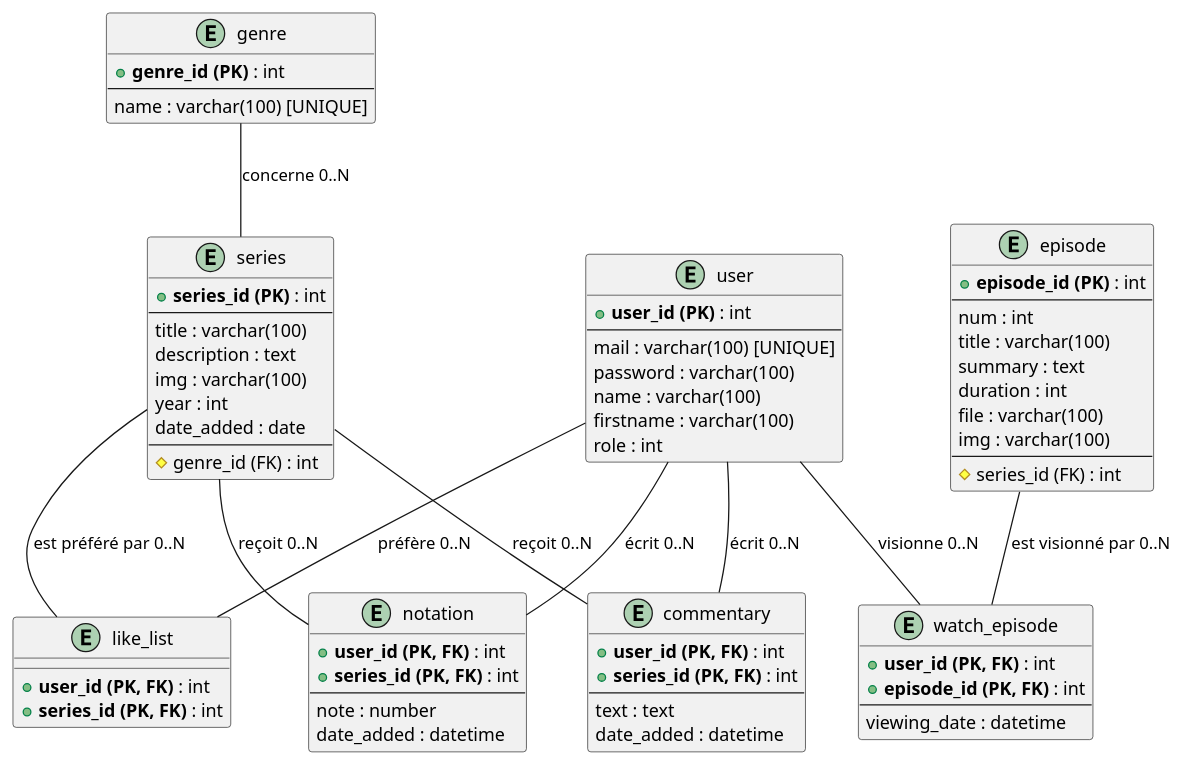
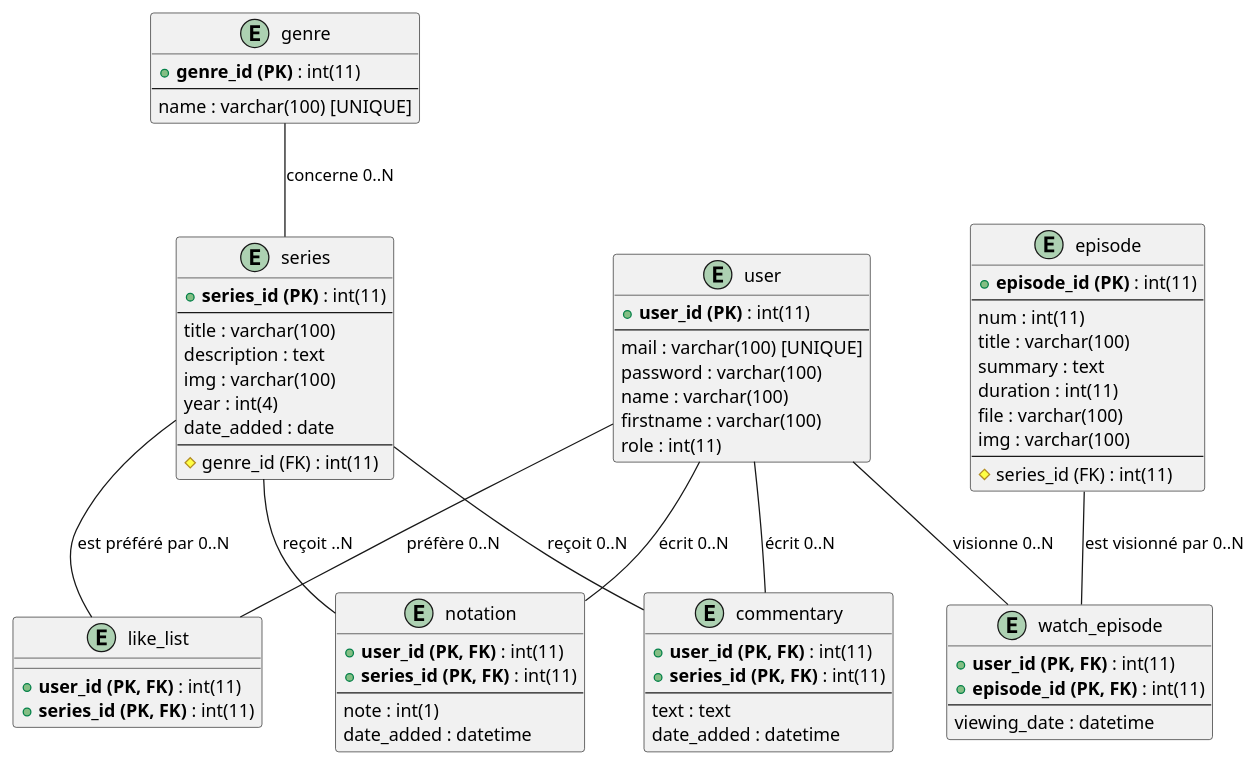
One commit to Adri1-13/OnlyFilms changed the diagram in sql/UMLbd.puml. Above: the diagram before and after it, drawn with PlantUML. The commit also changed 1 other file, not shown here.

```diff
--- a/sql/UMLbd.puml
+++ b/sql/UMLbd.puml
@@ -1,95 +1,95 @@
 @startuml
 
 ' Définition des tables
 
 entity "user" as User {
-  + **user_id (PK)** : int
+  + **user_id (PK)** : int(11)
   --
   mail : varchar(100) [UNIQUE]
   password : varchar(100)
   name : varchar(100)
   firstname : varchar(100)
-  role : int
+  role : int(11)
 }
 
 entity "series" as Series {
-  + **series_id (PK)** : int
+  + **series_id (PK)** : int(11)
   --
   title : varchar(100)
   description : text
   img : varchar(100)
-  year : int
+  year : int(4)
   date_added : date
   --
-  # genre_id (FK) : int
+  # genre_id (FK) : int(11)
 }
 
 entity "episode" as Episode {
-  + **episode_id (PK)** : int
+  + **episode_id (PK)** : int(11)
   --
-  num : int
+  num : int(11)
   title : varchar(100)
   summary : text
-  duration : int
+  duration : int(11)
   file : varchar(100)
   img : varchar(100)
   --
-  # series_id (FK) : int
+  # series_id (FK) : int(11)
 }
 
 entity "genre" as Genre {
-  + **genre_id (PK)** : int
+  + **genre_id (PK)** : int(11)
   --
   name : varchar(100) [UNIQUE]
 }
 
 ' Tables d'association
 
 entity "commentary" as Commentary {
-  + **user_id (PK, FK)** : int
-  + **series_id (PK, FK)** : int
+  + **user_id (PK, FK)** : int(11)
+  + **series_id (PK, FK)** : int(11)
   --
   text : text
   date_added : datetime
 }
 
 entity "notation" as Notation {
-  + **user_id (PK, FK)** : int
-  + **series_id (PK, FK)** : int
+  + **user_id (PK, FK)** : int(11)
+  + **series_id (PK, FK)** : int(11)
   --
-  note : number
+  note : int(1)
   date_added : datetime
 }
 
 entity "like_list" as LikeList {
-  + **user_id (PK, FK)** : int
-  + **series_id (PK, FK)** : int
+  + **user_id (PK, FK)** : int(11)
+  + **series_id (PK, FK)** : int(11)
 }
 
 entity "watch_episode" as WatchEpisode {
-  + **user_id (PK, FK)** : int
-  + **episode_id (PK, FK)** : int
+  + **user_id (PK, FK)** : int(11)
+  + **episode_id (PK, FK)** : int(11)
   --
   viewing_date : datetime
 }
 
 
 ' Définition des relations
 Genre -- Series : "concerne 0..N"
 
 
 ' Tables de liaison
 User -- Commentary : "écrit 0..N"
 Series -- Commentary : "reçoit 0..N"
 
 User -- Notation : "écrit 0..N"
-Series -- Notation : "reçoit 0..N"
+Series -- Notation : "reçoit ..N"
 
 User -- LikeList : "préfère 0..N"
 Series -- LikeList : "est préféré par 0..N"
 
 User -- WatchEpisode : "visionne 0..N"
 Episode -- WatchEpisode : "est visionné par 0..N"
 
 
 @enduml
```
